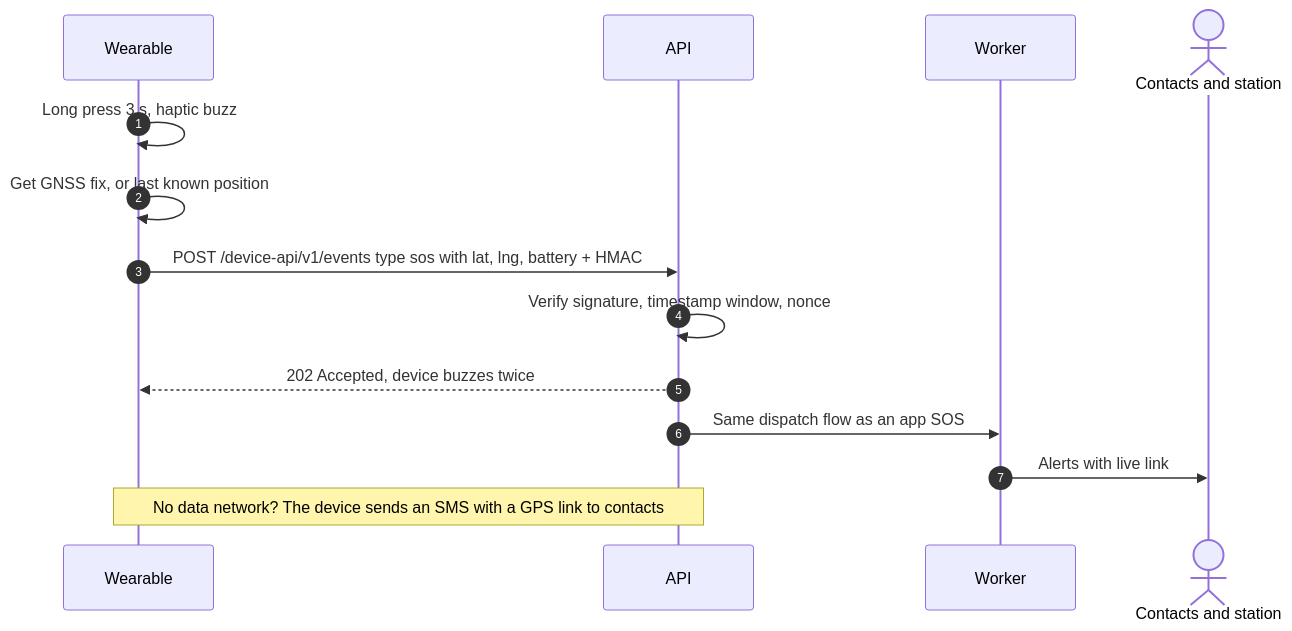
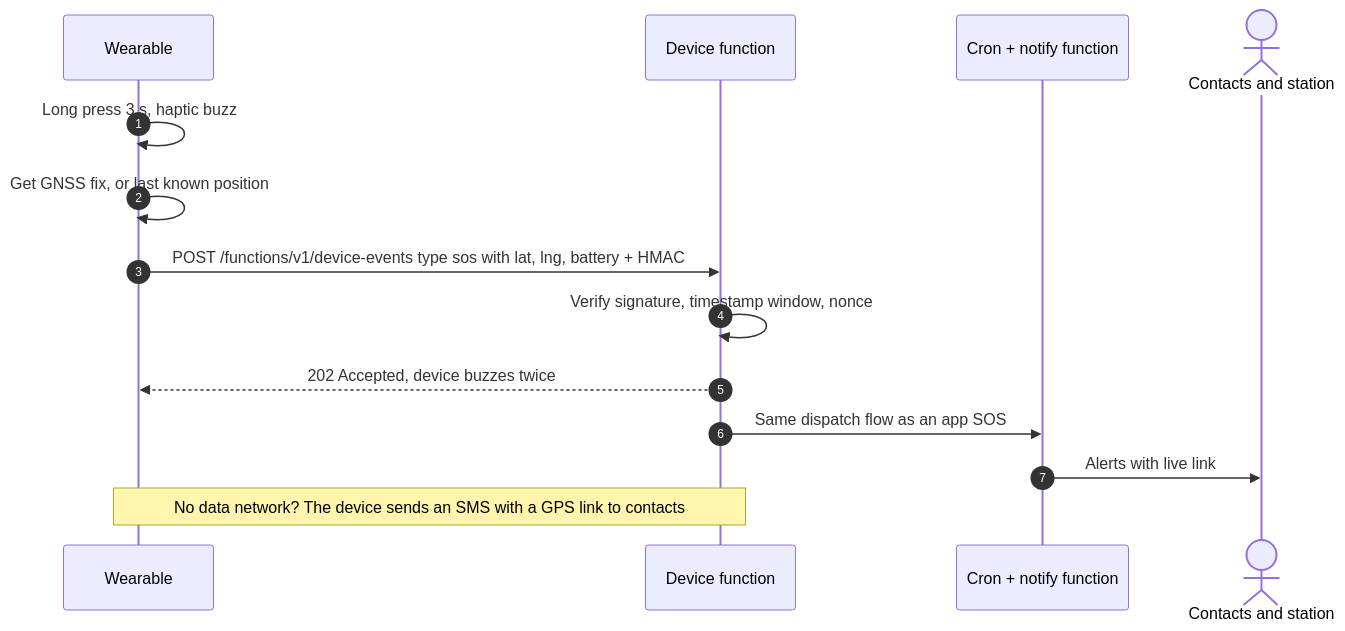
Before and after one commit to snehaa006/women-s-safety-: diagram 14 of 14 in docs/03-workflows.md, drawn with Mermaid. The commit also changed other lines of this file and 10 other files, not shown here.

````diff
--- a/docs/03-workflows.md
+++ b/docs/03-workflows.md
@@ -447,16 +447,16 @@
 ```mermaid
 sequenceDiagram
   autonumber
   participant D as Wearable
-  participant API as API
-  participant W as Worker
+  participant API as Device function
+  participant W as Cron + notify function
   actor C as Contacts and station
   D->>D: Long press 3 s, haptic buzz
   D->>D: Get GNSS fix, or last known position
-  D->>API: POST /device-api/v1/events type sos with lat, lng, battery + HMAC
+  D->>API: POST /functions/v1/device-events type sos with lat, lng, battery + HMAC
   API->>API: Verify signature, timestamp window, nonce
   API-->>D: 202 Accepted, device buzzes twice
   API->>W: Same dispatch flow as an app SOS
   W->>C: Alerts with live link
   Note over D,API: No data network? The device sends an SMS with a GPS link to contacts
 ```
````
